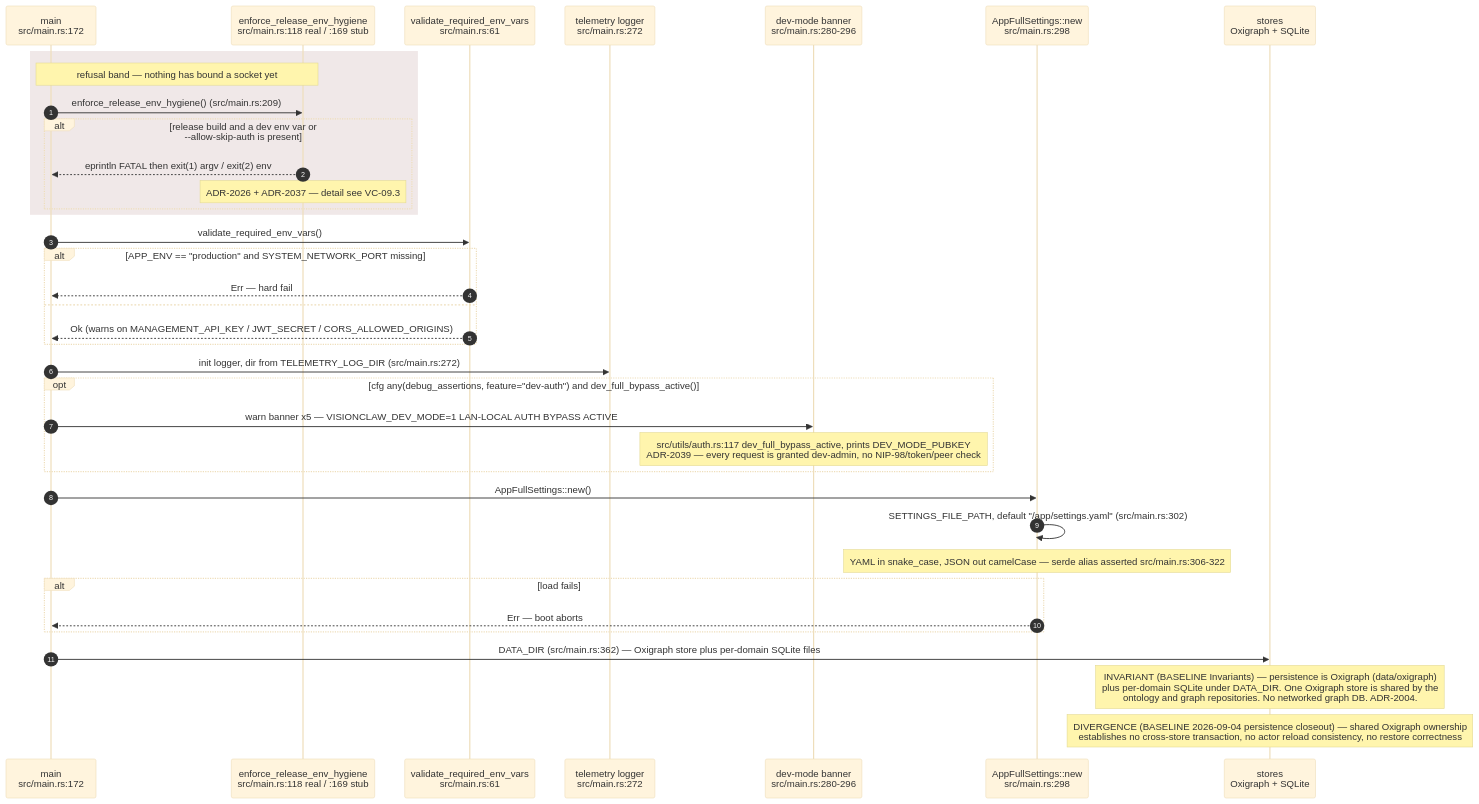
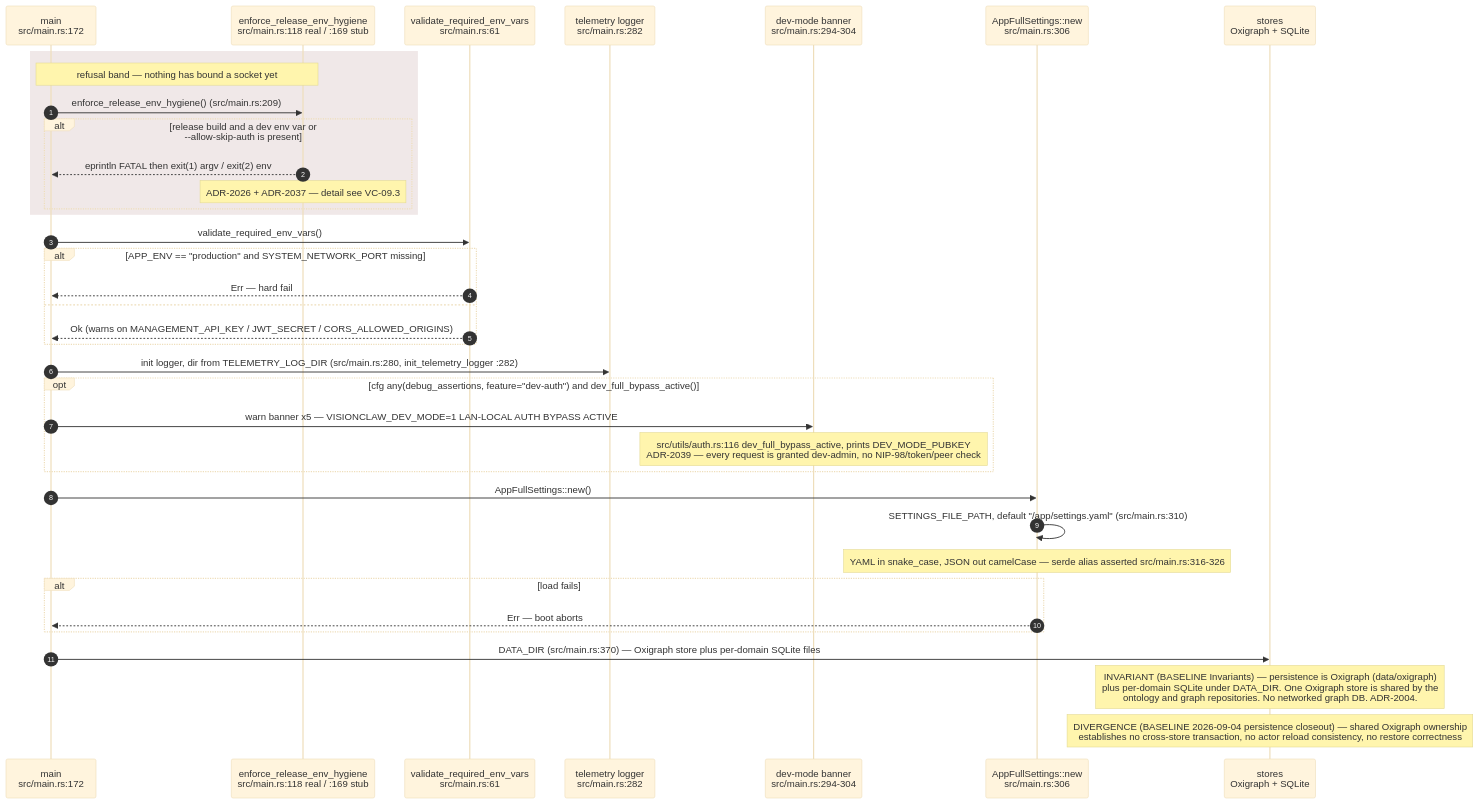
One commit to DreamLab-AI/VisionFlow changed the first of 13 diagrams in docs/diagrams/visionclaw/01-boot-and-app-state.md. Above: the diagram before and after it, drawn with Mermaid (base theme). The commit also changed other lines of this file and 160 other files, not shown here.

````diff
--- a/docs/diagrams/visionclaw/01-boot-and-app-state.md
+++ b/docs/diagrams/visionclaw/01-boot-and-app-state.md
@@ -75,40 +76,40 @@
 ```mermaid
 sequenceDiagram
     autonumber
     participant M as main<br/>src/main.rs:172
     participant EH as enforce_release_env_hygiene<br/>src/main.rs:118 real / :169 stub
     participant VE as validate_required_env_vars<br/>src/main.rs:61
-    participant TL as telemetry logger<br/>src/main.rs:272
-    participant DB as dev-mode banner<br/>src/main.rs:280-296
-    participant CF as AppFullSettings::new<br/>src/main.rs:298
+    participant TL as telemetry logger<br/>src/main.rs:282
+    participant DB as dev-mode banner<br/>src/main.rs:294-304
+    participant CF as AppFullSettings::new<br/>src/main.rs:306
     participant ST as stores<br/>Oxigraph + SQLite
 
     rect rgb(240,232,232)
     Note over M,EH: refusal band — nothing has bound a socket yet
     M->>EH: enforce_release_env_hygiene() (src/main.rs:209)
     alt release build and a dev env var or --allow-skip-auth is present
         EH-->>M: eprintln FATAL then exit(1) argv / exit(2) env
         Note over EH: ADR-2026 + ADR-2037 — detail see VC-09.3
     end
     end
     M->>VE: validate_required_env_vars()
     alt APP_ENV == "production" and SYSTEM_NETWORK_PORT missing
         VE-->>M: Err — hard fail
     else
         VE-->>M: Ok (warns on MANAGEMENT_API_KEY / JWT_SECRET / CORS_ALLOWED_ORIGINS)
     end
-    M->>TL: init logger, dir from TELEMETRY_LOG_DIR (src/main.rs:272)
+    M->>TL: init logger, dir from TELEMETRY_LOG_DIR (src/main.rs:280, init_telemetry_logger :282)
     opt cfg any(debug_assertions, feature="dev-auth") and dev_full_bypass_active()
         M->>DB: warn banner x5 — VISIONCLAW_DEV_MODE=1 LAN-LOCAL AUTH BYPASS ACTIVE
-        Note over DB: src/utils/auth.rs:117 dev_full_bypass_active, prints DEV_MODE_PUBKEY<br/>ADR-2039 — every request is granted dev-admin, no NIP-98/token/peer check
+        Note over DB: src/utils/auth.rs:116 dev_full_bypass_active, prints DEV_MODE_PUBKEY<br/>ADR-2039 — every request is granted dev-admin, no NIP-98/token/peer check
     end
     M->>CF: AppFullSettings::new()
-    CF->>CF: SETTINGS_FILE_PATH, default "/app/settings.yaml" (src/main.rs:302)
-    Note over CF: YAML in snake_case, JSON out camelCase — serde alias asserted src/main.rs:306-322
+    CF->>CF: SETTINGS_FILE_PATH, default "/app/settings.yaml" (src/main.rs:310)
+    Note over CF: YAML in snake_case, JSON out camelCase — serde alias asserted src/main.rs:316-326
     alt load fails
         CF-->>M: Err — boot aborts
     end
-    M->>ST: DATA_DIR (src/main.rs:362) — Oxigraph store plus per-domain SQLite files
+    M->>ST: DATA_DIR (src/main.rs:370) — Oxigraph store plus per-domain SQLite files
     Note over ST: INVARIANT (BASELINE Invariants) — persistence is Oxigraph (data/oxigraph)<br/>plus per-domain SQLite under DATA_DIR. One Oxigraph store is shared by the<br/>ontology and graph repositories. No networked graph DB. ADR-2004.
     Note over ST: DIVERGENCE (BASELINE 2026-09-04 persistence closeout) — shared Oxigraph ownership<br/>establishes no cross-store transaction, no actor reload consistency, no restore correctness
 ```
````
